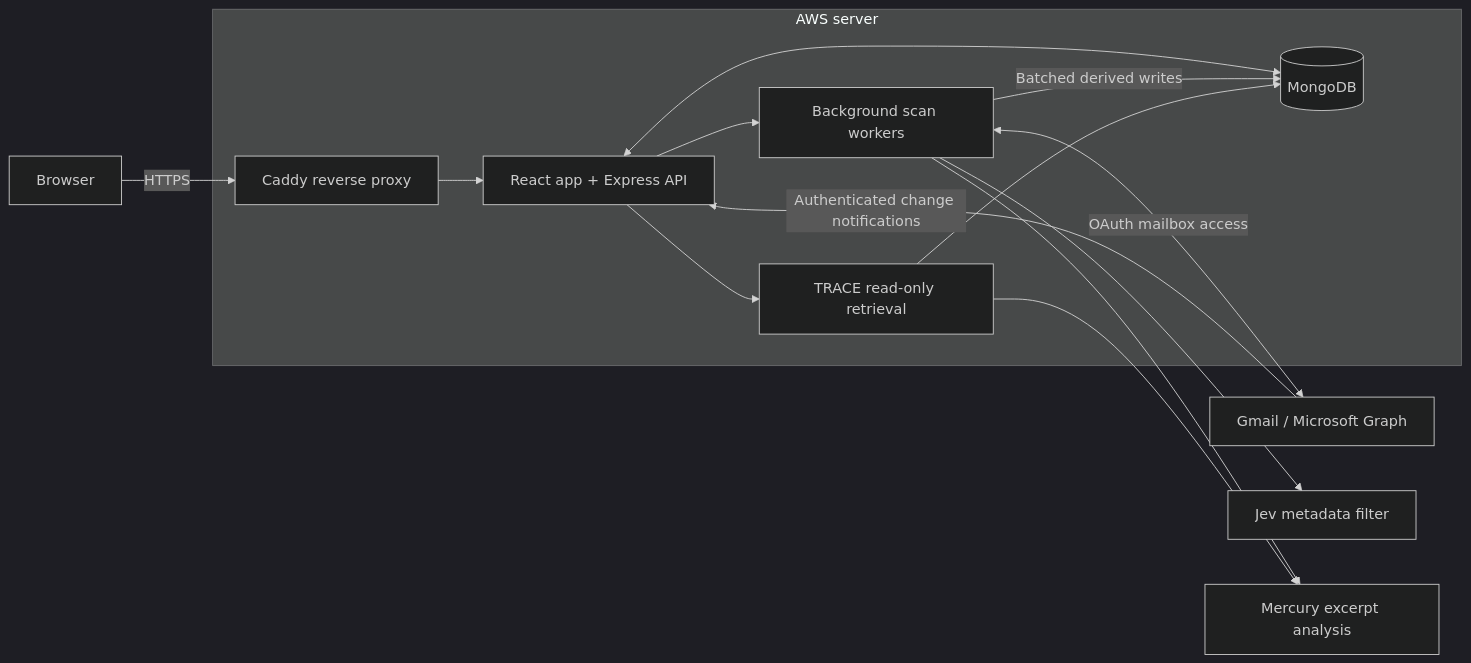
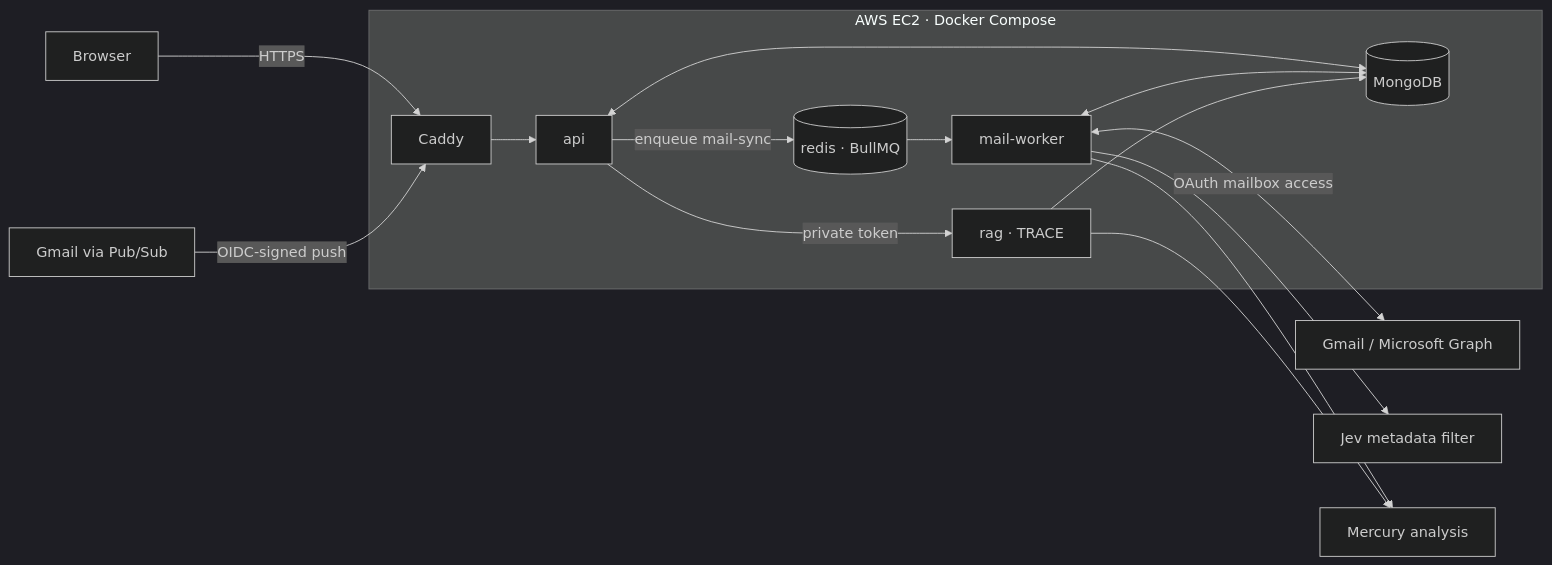
The first of 3 diagrams in README.md (RaphaelBlaster/owntrace), drawn with Mermaid (dark theme) before and after one commit. The commit also changed other lines of this file and 1 other file, not shown here.

Commit message:
Docs: describe the Compose microservices architecture in README and ARCHITECTURE

````diff
--- a/README.md
+++ b/README.md
@@ -22,17 +31,18 @@
 ```mermaid
 flowchart LR
-  subgraph AWS[AWS server]
-    Caddy[Caddy reverse proxy] --> App[React app + Express API]
-    App --> Worker[Background scan workers]
-    App <--> DB[(MongoDB)]
-    Worker -->|Batched derived writes| DB
-    App --> TRACE[TRACE read-only retrieval]
-    TRACE --> DB
+  User[Browser] -->|HTTPS| Caddy
+  Google[Gmail via Pub/Sub] -->|OIDC-signed push| Caddy
+  subgraph EC2[AWS EC2 · Docker Compose]
+    Caddy --> API[api]
+    API -->|enqueue mail-sync| Redis[(redis · BullMQ)]
+    Redis --> Worker[mail-worker]
+    API -->|private token| RAG[rag · TRACE]
+    API <--> DB[(MongoDB)]
+    Worker <--> DB
+    RAG --> DB
   end
-  User[Browser] -->|HTTPS| Caddy
-  Mail[Gmail / Microsoft Graph] -->|Authenticated change notifications| App
-  Worker <-->|OAuth mailbox access| Mail
+  Worker <-->|OAuth mailbox access| Mail[Gmail / Microsoft Graph]
   Worker --> Jev[Jev metadata filter]
-  Worker --> Mercury[Mercury excerpt analysis]
-  TRACE --> Mercury
+  Worker --> Mercury[Mercury analysis]
+  RAG --> Mercury
 ```
````
